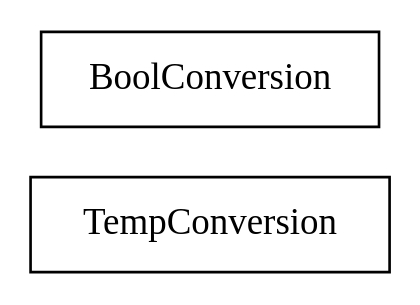
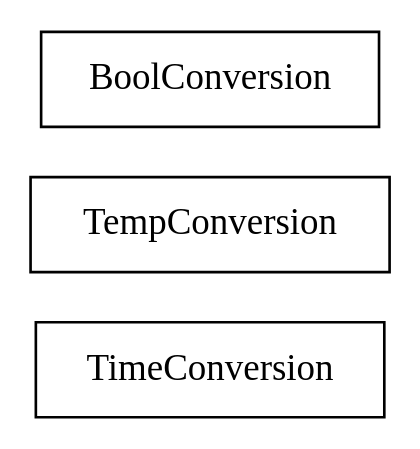
The diagram in docs/com/sekati/convert/classes.dot (sekati/sasapi), drawn with Graphviz before and after one commit. The commit also changed 59 other files, not shown here.

```diff
--- a/docs/com/sekati/convert/classes.dot
+++ b/docs/com/sekati/convert/classes.dot
@@ -1,15 +1,21 @@
 strict digraph class_diagram {
   rankdir=LR;
+  TypeTimeConversion[
+    label="TimeConversion",
+    URL="TimeConversion.html",
+    tooltip="com.sekati.convert.TimeConversion",
+    shape="record"
+  ];
   TypeTempConversion[
     label="TempConversion",
     URL="TempConversion.html",
     tooltip="com.sekati.convert.TempConversion",
     shape="record"
   ];
   TypeBoolConversion[
     label="BoolConversion",
     URL="BoolConversion.html",
     tooltip="com.sekati.convert.BoolConversion",
     shape="record"
   ];
 }
```
